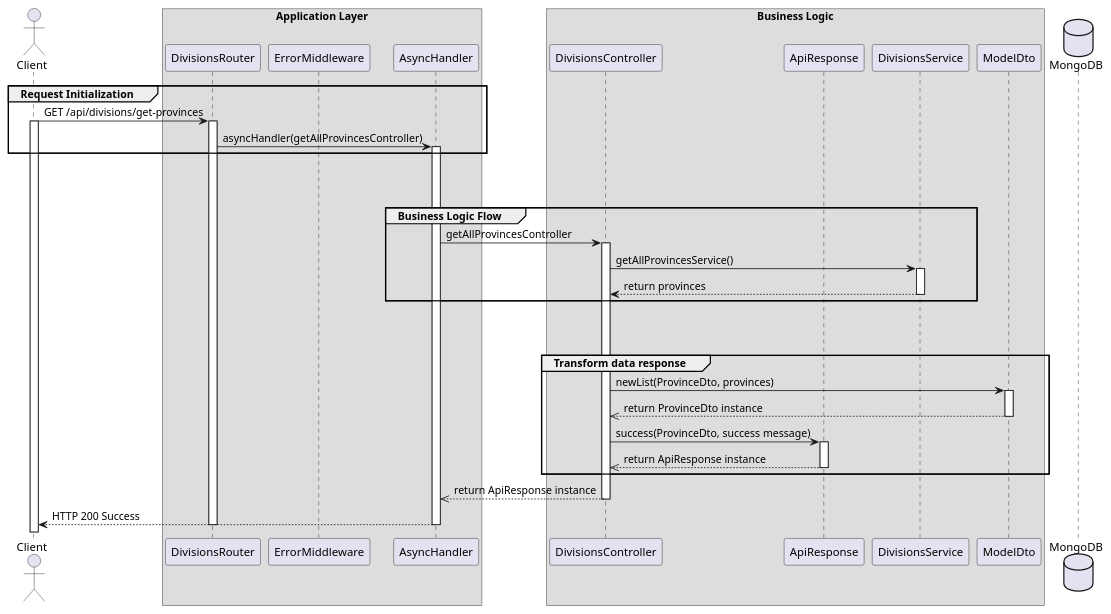
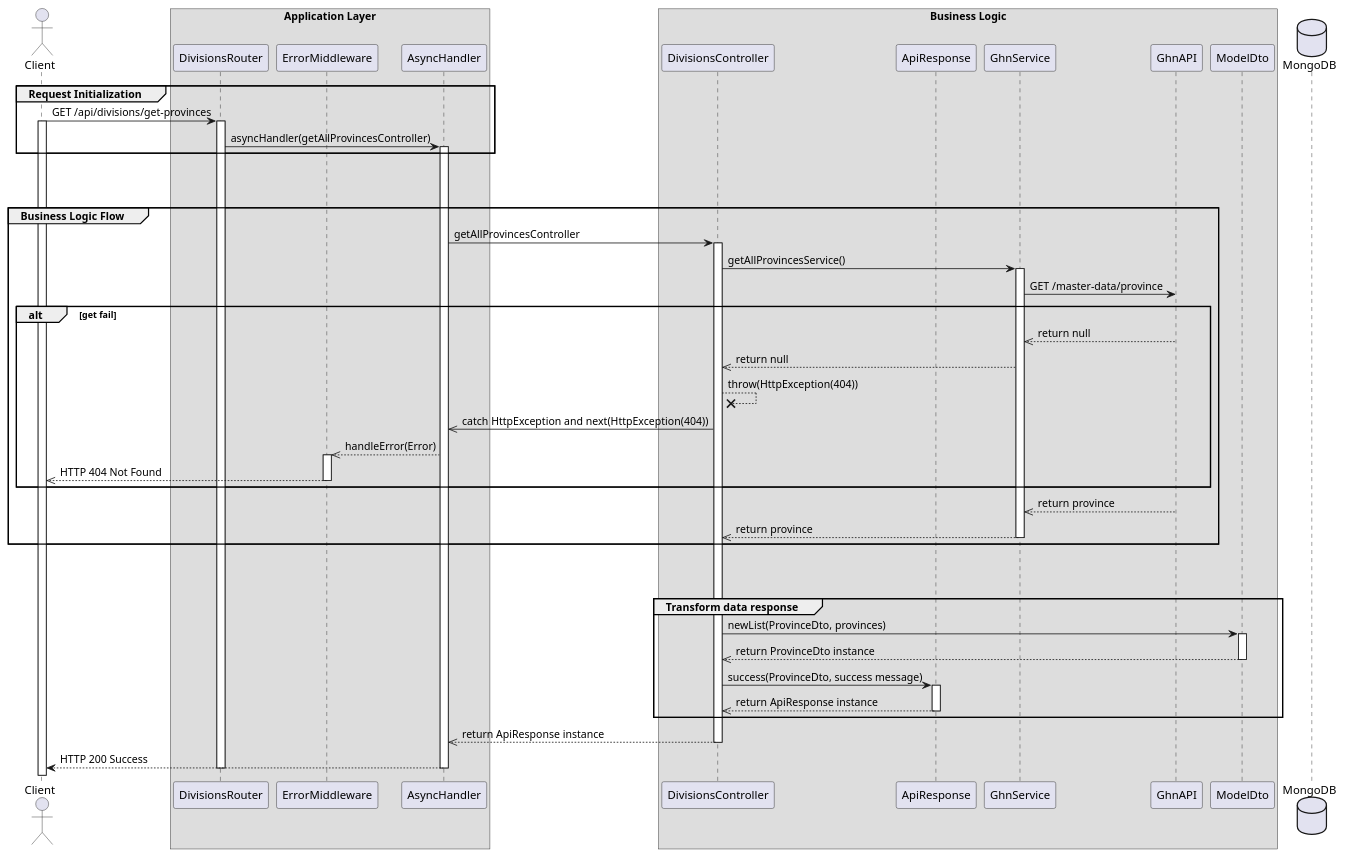
The diagram in docs/sequences/UC23-ViewProvinces/UC23-ViewListProvinces.wsd (hiusnguyen201/BE_ClothingShop), drawn with PlantUML before and after one commit. The commit also changed 79 other files, not shown here.

Commit message:
#73 thuongbsls2004 fix activity diagram

```diff
--- a/docs/sequences/UC23-ViewProvinces/UC23-ViewListProvinces.wsd
+++ b/docs/sequences/UC23-ViewProvinces/UC23-ViewListProvinces.wsd
@@ -1,65 +1,84 @@
 @startuml View list Provinces
 
 actor Client
 
 box "Application Layer"
 participant DivisionsRouter 
 participant ErrorMiddleware 
 participant AsyncHandler 
 end box
 
 
 box "Business Logic"
 participant DivisionsController
 participant ApiResponse
-participant DivisionsService 
+participant GhnService
+participant GhnAPI 
 participant ModelDto
 end box
 
 database MongoDB
 
 ' Step 1
 group Request Initialization
     Client -> DivisionsRouter: GET /api/divisions/get-provinces
     activate Client
     activate DivisionsRouter
     DivisionsRouter -> AsyncHandler: asyncHandler(getAllProvincesController)
     activate AsyncHandler
 end
 
 break
 break
 
 ' step 2
 group Business Logic Flow
     AsyncHandler -> DivisionsController: getAllProvincesController
     activate DivisionsController
-    DivisionsController -> DivisionsService: getAllProvincesService()
-    activate DivisionsService
-    DivisionsService --> DivisionsController: return provinces
-    deactivate DivisionsService
+    DivisionsController -> GhnService: getAllProvincesService()
+    activate GhnService
+    GhnService -> GhnAPI: GET /master-data/province
+
+    alt get fail
+        GhnAPI -->> GhnService: return null
+        GhnService -->> DivisionsController: return null
+        DivisionsController --x DivisionsController: throw(HttpException(404))
+        DivisionsController ->> AsyncHandler: catch HttpException and next(HttpException(404))
+        AsyncHandler -->> ErrorMiddleware: handleError(Error) 
+        activate ErrorMiddleware
+        ErrorMiddleware -->> Client: HTTP 404 Not Found
+        deactivate ErrorMiddleware
+    end
+
+    GhnAPI -->> GhnService: return province
+    deactivate GhnAPI
+    GhnService -->> DivisionsController: return province   
+    deactivate GhnService
+
+
+    
 
 end
 break
 break
 
 group Transform data response
     DivisionsController -> ModelDto: newList(ProvinceDto, provinces)
     activate ModelDto
     ModelDto -->> DivisionsController: return ProvinceDto instance
     deactivate ModelDto
 
     DivisionsController -> ApiResponse: success(ProvinceDto, success message)
     activate ApiResponse
     ApiResponse -->> DivisionsController: return ApiResponse instance
     deactivate ApiResponse 
 end
 DivisionsController -->> AsyncHandler: return ApiResponse instance
 deactivate DivisionsController
 AsyncHandler --> Client: HTTP 200 Success
 deactivate AsyncHandler
 deactivate DivisionsRouter
 
 
 
 @enduml
```
